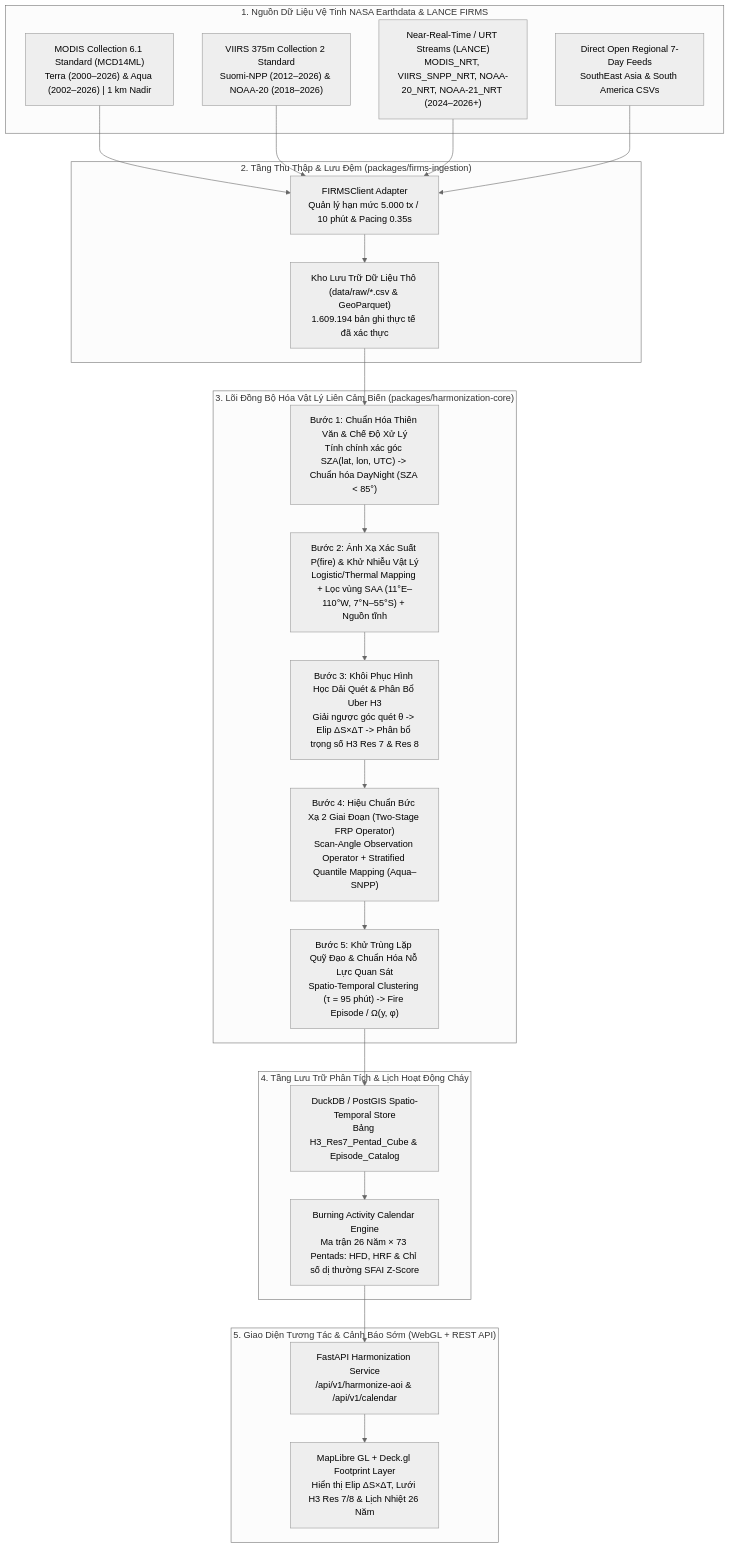
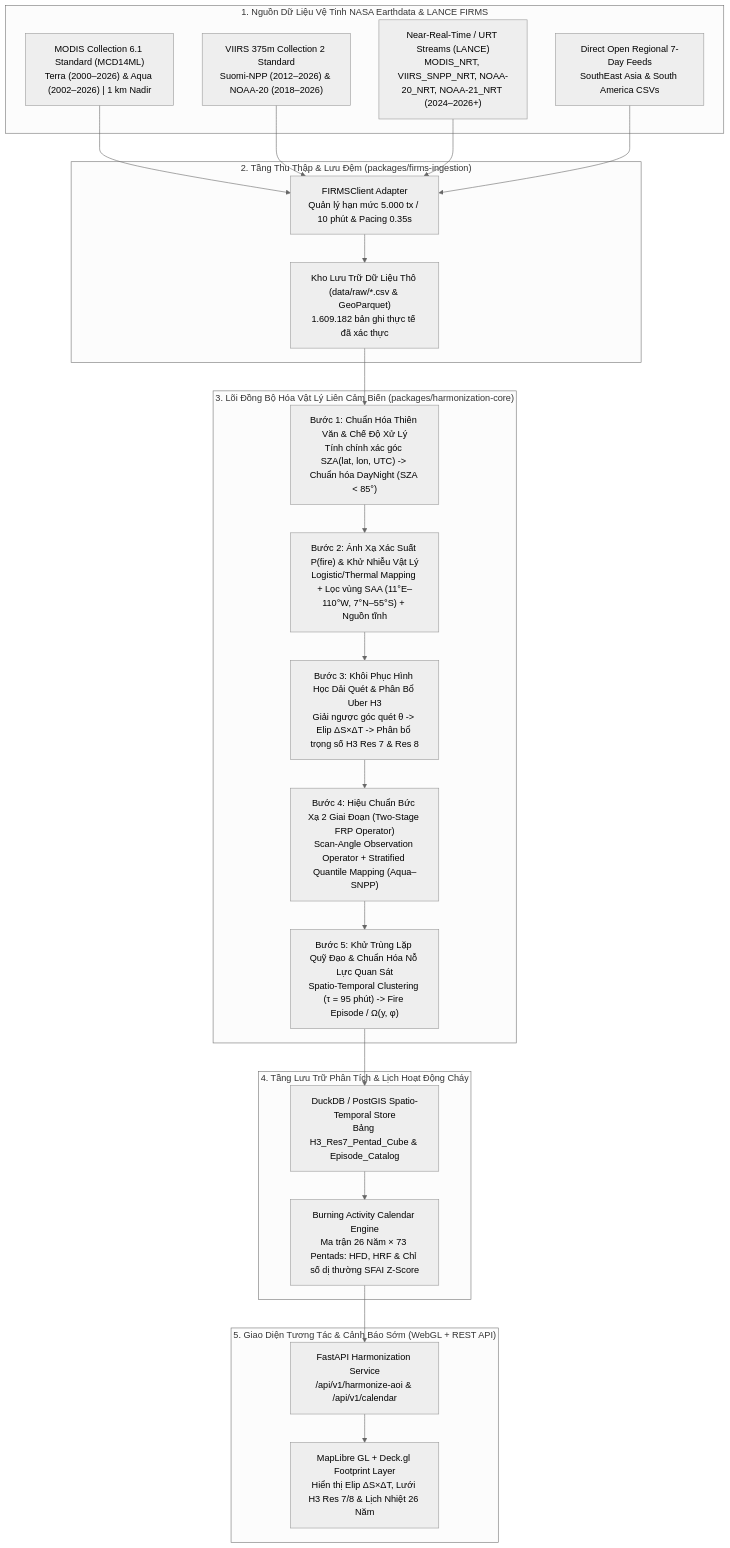
Before and after one commit to the-aris-club/flare-chronos: the first of 2 diagrams in docs/03_System_Architecture_and_Data_Pipeline.md, drawn with Mermaid (neutral theme). The commit also changed other lines of this file and 9 other files, not shown here.

````diff
--- a/docs/03_System_Architecture_and_Data_Pipeline.md
+++ b/docs/03_System_Architecture_and_Data_Pipeline.md
@@ -65,38 +65,38 @@
 ```mermaid
 flowchart TB
     subgraph NASA_SOURCES["1. Nguồn Dữ Liệu Vệ Tinh NASA Earthdata & LANCE FIRMS"]
         MODIS_SP["MODIS Collection 6.1 Standard (MCD14ML)<br/>Terra (2000–2026) & Aqua (2002–2026) | 1 km Nadir"]
         VIIRS_SP["VIIRS 375m Collection 2 Standard<br/>Suomi-NPP (2012–2026) & NOAA-20 (2018–2026)"]
         NRT_STREAMS["Near-Real-Time / URT Streams (LANCE)<br/>MODIS_NRT, VIIRS_SNPP_NRT, NOAA-20_NRT, NOAA-21_NRT (2024–2026+)"]
         OPEN_FEEDS["Direct Open Regional 7-Day Feeds<br/>SouthEast Asia & South America CSVs"]
     end
 
     subgraph INGESTION_SEAM["2. Tầng Thu Thập & Lưu Đệm (packages/firms-ingestion)"]
         API_ADAPTER["FIRMSClient Adapter<br/>Quản lý hạn mức 5.000 tx / 10 phút & Pacing 0.35s"]
-        RAW_CACHE["Kho Lưu Trữ Dữ Liệu Thô (data/raw/*.csv & GeoParquet)<br/>1.609.194 bản ghi thực tế đã xác thực"]
+        RAW_CACHE["Kho Lưu Trữ Dữ Liệu Thô (data/raw/*.csv & GeoParquet)<br/>1.609.182 bản ghi thực tế đã xác thực"]
     end
 
     subgraph CORE_ENGINE["3. Lõi Đồng Bộ Hóa Vật Lý Liên Cảm Biến (packages/harmonization-core)"]
         STEP1["Bước 1: Chuẩn Hóa Thiên Văn & Chế Độ Xử Lý<br/>Tính chính xác góc SZA(lat, lon, UTC) -> Chuẩn hóa DayNight (SZA < 85°)"]
         STEP2["Bước 2: Ánh Xạ Xác Suất P(fire) & Khử Nhiễu Vật Lý<br/>Logistic/Thermal Mapping + Lọc vùng SAA (11°E–110°W, 7°N–55°S) + Nguồn tĩnh"]
         STEP3["Bước 3: Khôi Phục Hình Học Dải Quét & Phân Bổ Uber H3<br/>Giải ngược góc quét θ -> Elip ΔS×ΔT -> Phân bổ trọng số H3 Res 7 & Res 8"]
         STEP4["Bước 4: Hiệu Chuẩn Bức Xạ 2 Giai Đoạn (Two-Stage FRP Operator)<br/>Scan-Angle Observation Operator + Stratified Quantile Mapping (Aqua–SNPP)"]
         STEP5["Bước 5: Khử Trùng Lặp Quỹ Đạo & Chuẩn Hóa Nỗ Lực Quan Sát<br/>Spatio-Temporal Clustering (τ = 95 phút) -> Fire Episode / Ω(y, φ)"]
     end
 
     subgraph CALENDAR_STORAGE["4. Tầng Lưu Trữ Phân Tích & Lịch Hoạt Động Cháy"]
         DUCKDB["DuckDB / PostGIS Spatio-Temporal Store<br/>Bảng H3_Res7_Pentad_Cube & Episode_Catalog"]
         CAL_ENGINE["Burning Activity Calendar Engine<br/>Ma trận 26 Năm × 73 Pentads: HFD, HRF & Chỉ số dị thường SFAI Z-Score"]
     end
 
     subgraph PRESENTATION["5. Giao Diện Tương Tác & Cảnh Báo Sớm (WebGL + REST API)"]
         FASTAPI["FastAPI Harmonization Service<br/>/api/v1/harmonize-aoi & /api/v1/calendar"]
         DECKGL["MapLibre GL + Deck.gl Footprint Layer<br/>Hiển thị Elip ΔS×ΔT, Lưới H3 Res 7/8 & Lịch Nhiệt 26 Năm"]
     end
 
     MODIS_SP & VIIRS_SP & NRT_STREAMS & OPEN_FEEDS --> API_ADAPTER
     API_ADAPTER --> RAW_CACHE
     RAW_CACHE --> STEP1 --> STEP2 --> STEP3 --> STEP4 --> STEP5
     STEP5 --> DUCKDB --> CAL_ENGINE
     CAL_ENGINE --> FASTAPI --> DECKGL
 ```
````
